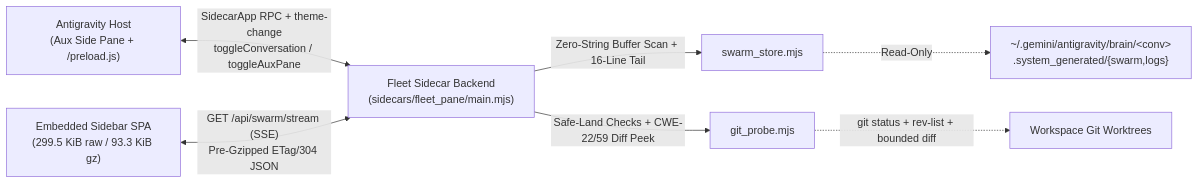
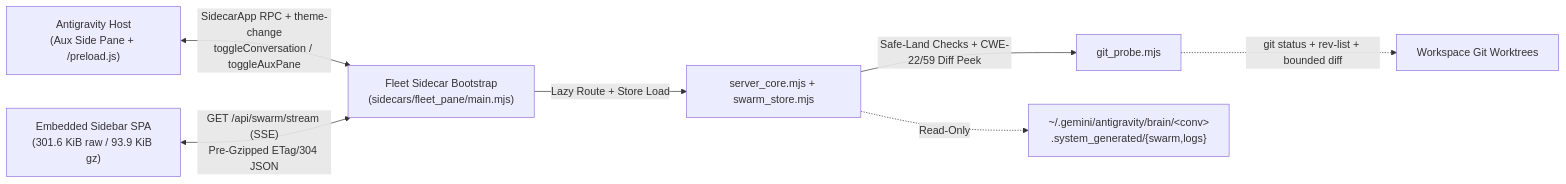
Before and after one commit to cayleb-james2008/dsh-fleet: the diagram in README.md, drawn with Mermaid. The commit also changed other lines of this file and 27 other files, not shown here.

Commit message:
feat(fleet): v1.17.0 handoff digest export and resilient SSE resync

````diff
--- a/README.md
+++ b/README.md
@@ -82,9 +82,9 @@
 ```mermaid
 flowchart LR
-    Host["Antigravity Host<br/>(Aux Side Pane + /preload.js)"] <-->|"SidecarApp RPC + theme-change<br/>toggleConversation / toggleAuxPane"| Backend["Fleet Sidecar Backend<br/>(sidecars/fleet_pane/main.mjs)"]
-    UI["Embedded Sidebar SPA<br/>(299.5 KiB raw / 93.3 KiB gz)"] <-->|"GET /api/swarm/stream (SSE)<br/>Pre-Gzipped ETag/304 JSON"| Backend
-    Backend -->|"Zero-String Buffer Scan + 16-Line Tail"| Store["swarm_store.mjs"]
-    Backend -->|"Safe-Land Checks + CWE-22/59 Diff Peek"| Git["git_probe.mjs"]
-    Store -.->|"Read-Only"| Brain["~/.gemini/antigravity/brain/&lt;conv&gt;<br/>.system_generated/{swarm,logs}"]
+    Host["Antigravity Host<br/>(Aux Side Pane + /preload.js)"] <-->|"SidecarApp RPC + theme-change<br/>toggleConversation / toggleAuxPane"| Backend["Fleet Sidecar Bootstrap<br/>(sidecars/fleet_pane/main.mjs)"]
+    UI["Embedded Sidebar SPA<br/>(301.6 KiB raw / 93.9 KiB gz)"] <-->|"GET /api/swarm/stream (SSE)<br/>Pre-Gzipped ETag/304 JSON"| Backend
+    Backend -->|"Lazy Route + Store Load"| Core["server_core.mjs + swarm_store.mjs"]
+    Core -->|"Safe-Land Checks + CWE-22/59 Diff Peek"| Git["git_probe.mjs"]
+    Core -.->|"Read-Only"| Brain["~/.gemini/antigravity/brain/&lt;conv&gt;<br/>.system_generated/{swarm,logs}"]
     Git -.->|"git status + rev-list + bounded diff"| WT["Workspace Git Worktrees"]
 ```
````
